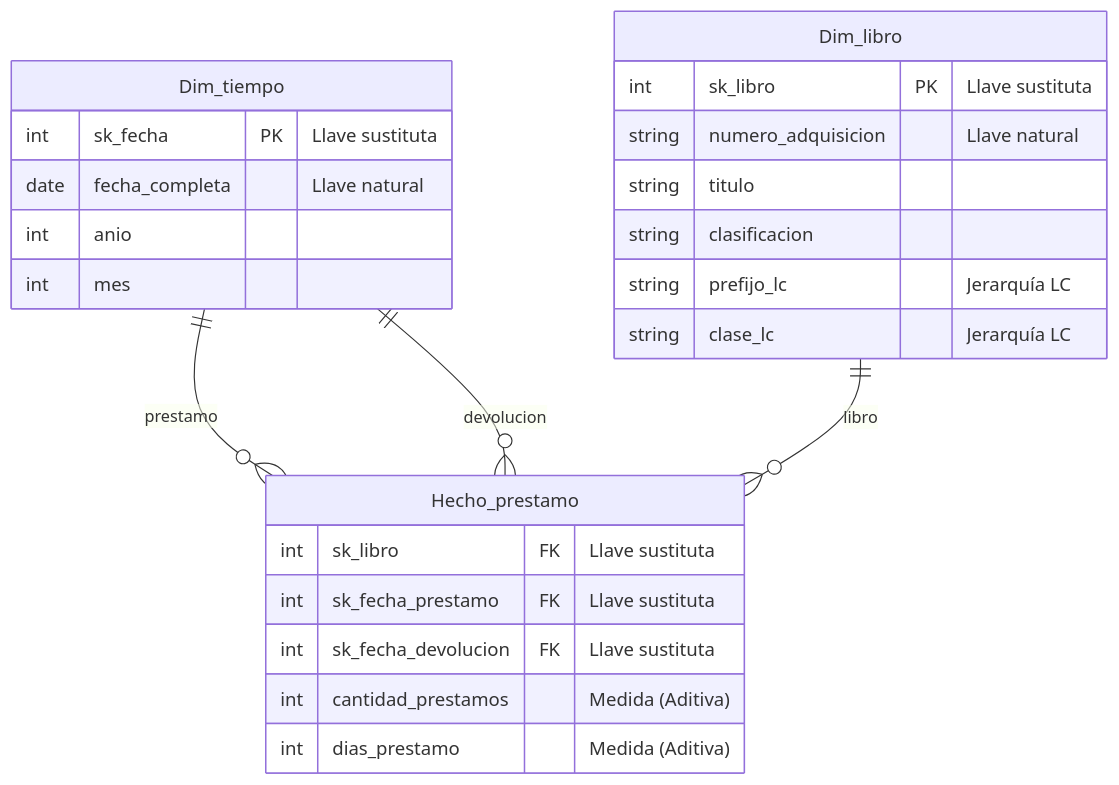
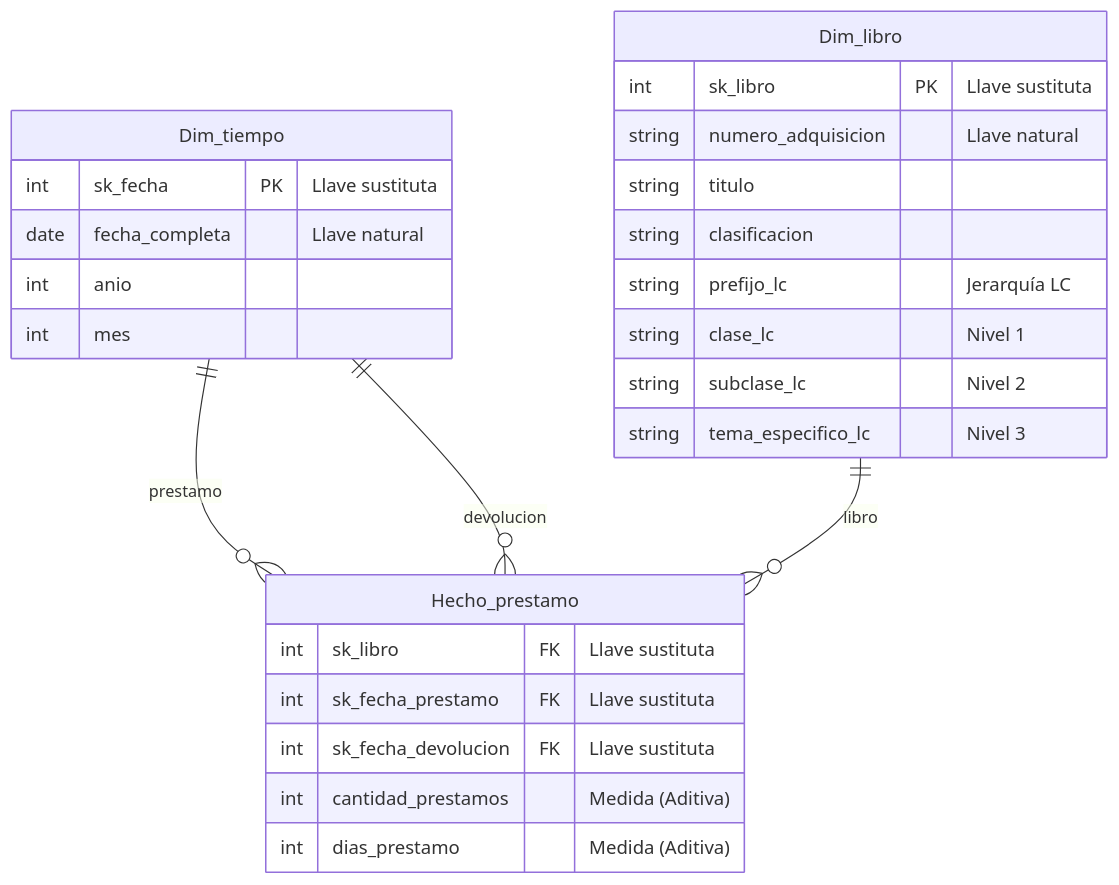
The diagram in entregas/E1_arquitectura_dw/estrella.qmd (EmilianoLuna09099/ProyectoAyMD), drawn with Mermaid before and after one commit. The commit also changed other lines of this file and 8 other files, not shown here.

````diff
--- a/entregas/E1_arquitectura_dw/estrella.qmd
+++ b/entregas/E1_arquitectura_dw/estrella.qmd
@@ -44,31 +44,33 @@
 ```{mermaid}
 %%{init: {'er': {'layoutDirection': 'LR'}}}%%
 erDiagram
     Dim_tiempo ||--o{ Hecho_prestamo : prestamo
     Dim_tiempo ||--o{ Hecho_prestamo : devolucion
     Dim_libro ||--o{ Hecho_prestamo : libro
 
     Dim_libro {
         int sk_libro PK "Llave sustituta"
         string numero_adquisicion "Llave natural"
         string titulo
         string clasificacion
         string prefijo_lc "Jerarquía LC"
-        string clase_lc "Jerarquía LC"
+        string clase_lc "Nivel 1"
+        string subclase_lc "Nivel 2"
+        string tema_especifico_lc "Nivel 3"
     }
 
     Hecho_prestamo {
         int sk_libro FK "Llave sustituta"
         int sk_fecha_prestamo FK "Llave sustituta"
         int sk_fecha_devolucion FK "Llave sustituta"
         int cantidad_prestamos "Medida (Aditiva)"
         int dias_prestamo "Medida (Aditiva)"
     }
 
     Dim_tiempo {
         int sk_fecha PK "Llave sustituta"
         date fecha_completa "Llave natural"
         int anio
         int mes
     }
 ```
````
